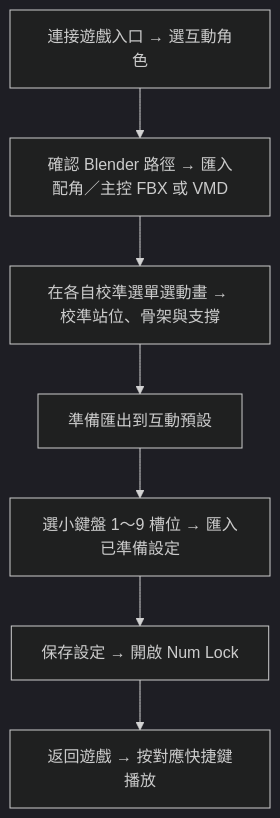
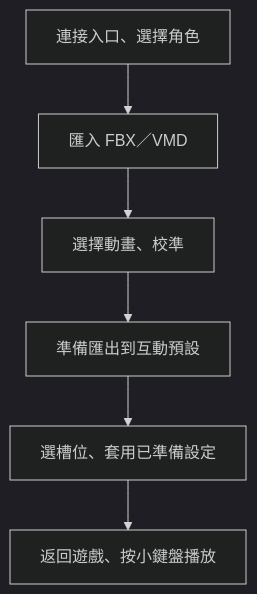
One commit to kevindaze/EndfieldAnimationImporter changed the diagram in README.md. Above: the diagram before and after it, drawn with Mermaid (dark theme). The commit also changed other lines of this file and 1 other file, not shown here.

````diff
--- a/README.md
+++ b/README.md
@@ -45,9 +22,8 @@
 ```mermaid
 flowchart TD
-    A[連接遊戲入口 → 選互動角色] --> B[確認 Blender 路徑 → 匯入配角／主控 FBX 或 VMD]
-    B --> C[在各自校準選單選動畫 → 校準站位、骨架與支撐]
+    A[連接入口、選擇角色] --> B[匯入 FBX／VMD]
+    B --> C[選擇動畫、校準]
     C --> D[準備匯出到互動預設]
-    D --> E[選小鍵盤 1～9 槽位 → 匯入已準備設定]
-    E --> F[保存設定 → 開啟 Num Lock]
-    F --> G[返回遊戲 → 按對應快捷鍵播放]
+    D --> E[選槽位、套用已準備設定]
+    E --> F[返回遊戲、按小鍵盤播放]
 ```
````
